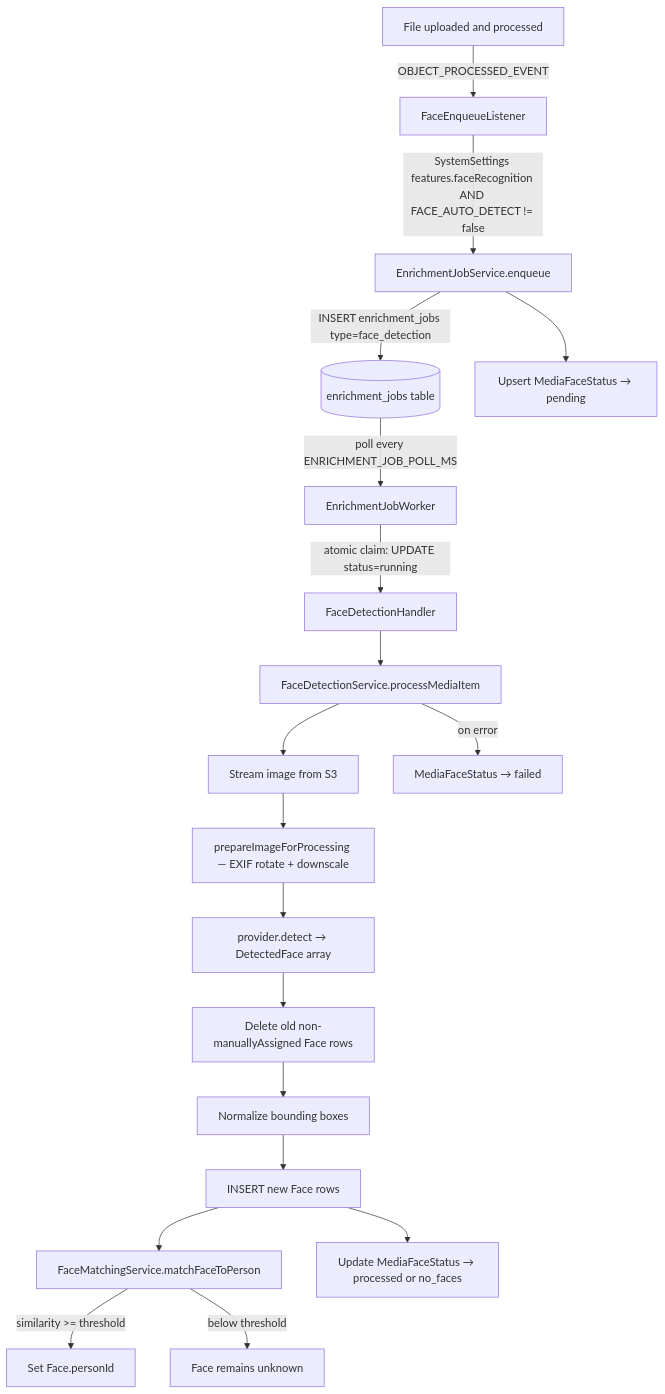
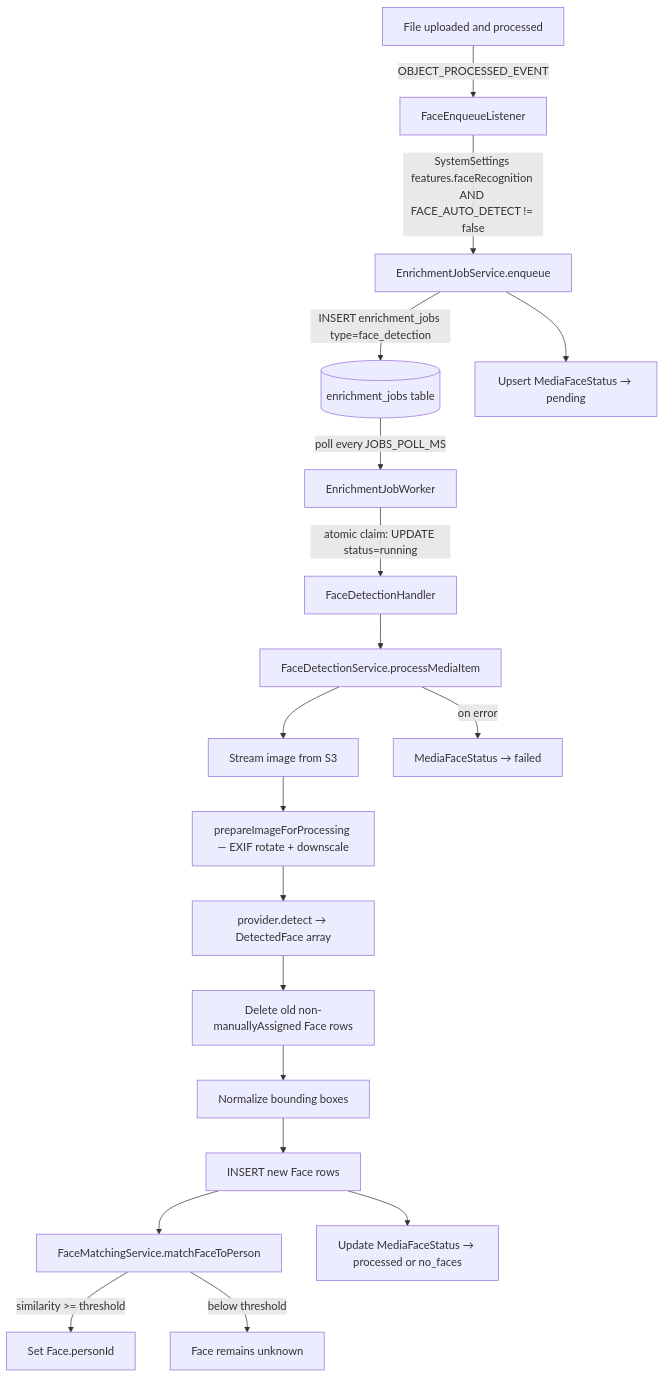
The diagram in docs/specs/face-recognition.md (marinoscar/MemoriaHub), drawn with Mermaid before and after one commit. The commit also changed other lines of this file and 6 other files, not shown here.

First line of the commit message:
docs(docs): [RETRO-C11] MemoriaHub job types; JOBS_* names in queue and tuning specs

````diff
--- a/docs/specs/face-recognition.md
+++ b/docs/specs/face-recognition.md
@@ -57,21 +57,21 @@
 ```mermaid
 flowchart TD
     A[File uploaded and processed] -->|OBJECT_PROCESSED_EVENT| B[FaceEnqueueListener]
     B -->|SystemSettings features.faceRecognition AND FACE_AUTO_DETECT != false| C[EnrichmentJobService.enqueue]
     C -->|INSERT enrichment_jobs type=face_detection| D[(enrichment_jobs table)]
     C --> E[Upsert MediaFaceStatus → pending]
-    D -->|poll every ENRICHMENT_JOB_POLL_MS| F[EnrichmentJobWorker]
+    D -->|poll every JOBS_POLL_MS| F[EnrichmentJobWorker]
     F -->|atomic claim: UPDATE status=running| G[FaceDetectionHandler]
     G --> H[FaceDetectionService.processMediaItem]
     H --> I[Stream image from S3]
     I --> J[prepareImageForProcessing — EXIF rotate + downscale]
     J --> K[provider.detect → DetectedFace array]
     K --> L[Delete old non-manuallyAssigned Face rows]
     L --> M[Normalize bounding boxes]
     M --> N[INSERT new Face rows]
     N --> O[FaceMatchingService.matchFaceToPerson]
     O -->|similarity >= threshold| P[Set Face.personId]
     O -->|below threshold| Q[Face remains unknown]
     N --> R[Update MediaFaceStatus → processed or no_faces]
     H -->|on error| S[MediaFaceStatus → failed]
 ```
````
